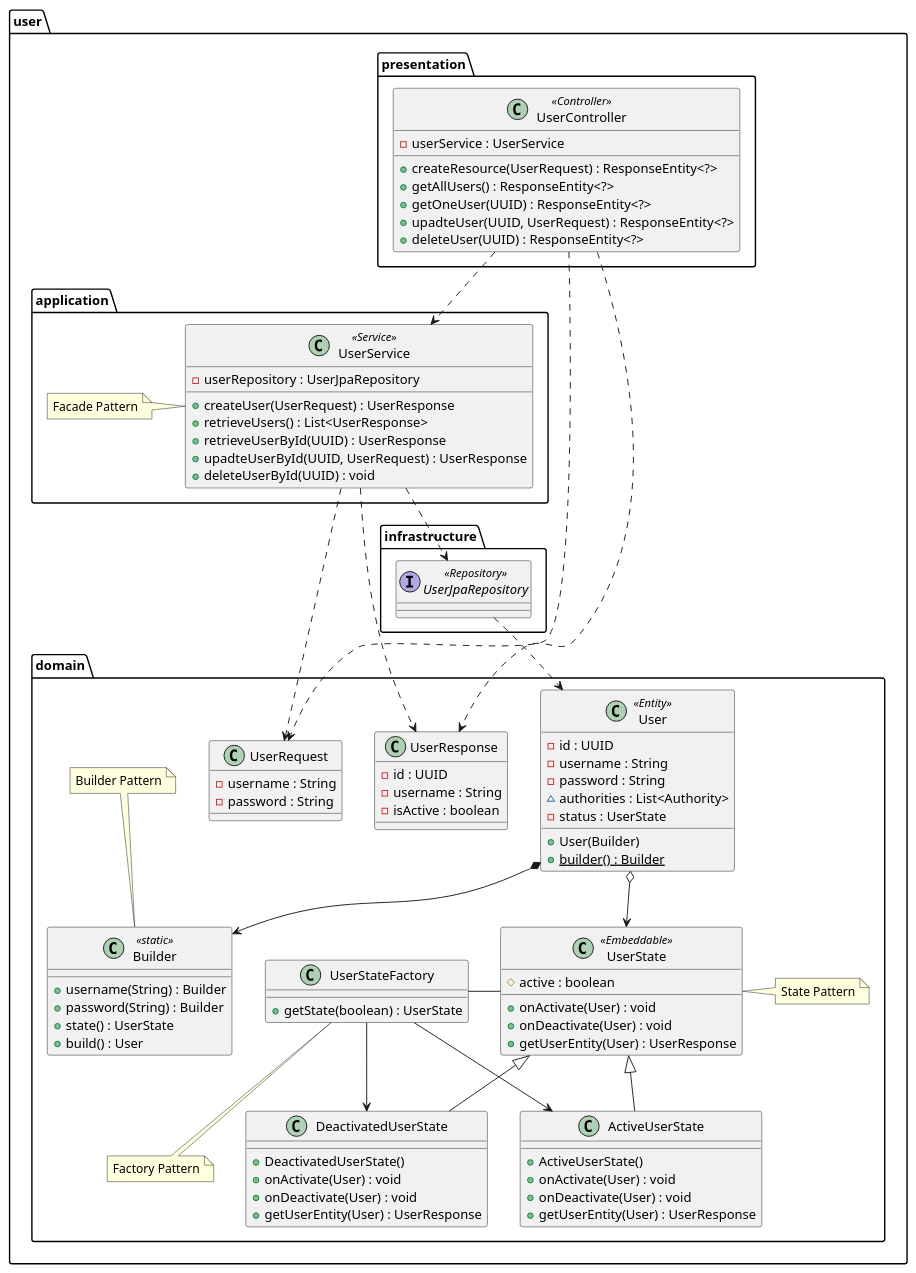
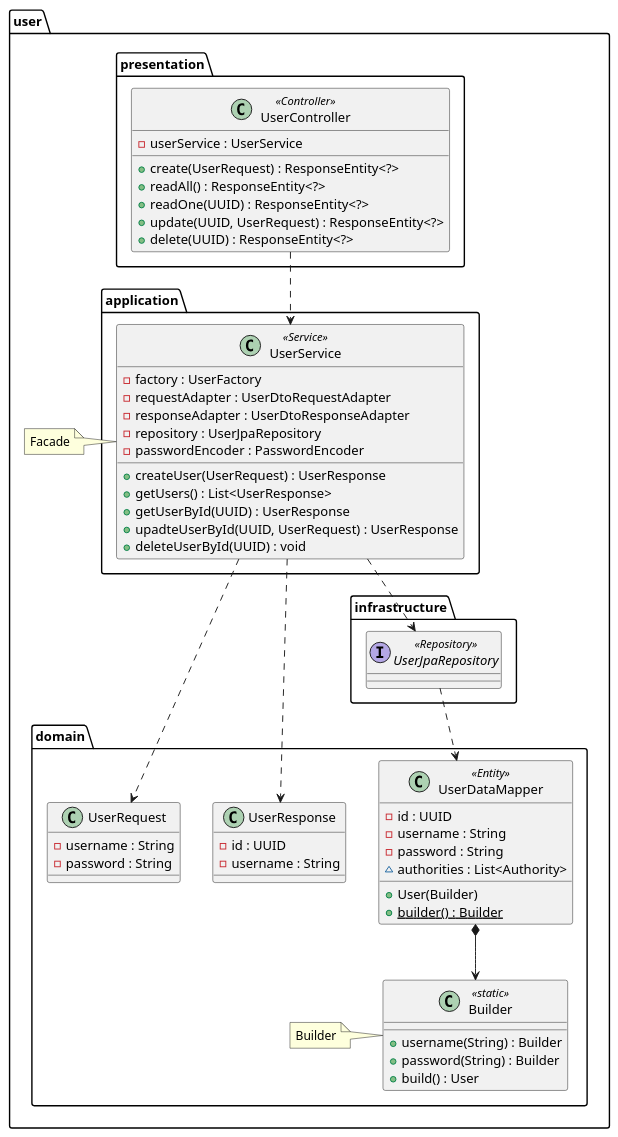
Before and after one commit to ads0070/daily-scheduler: the diagram in src/main/java/kr/ac/deu/cse/scheduler/user/user.puml, drawn with PlantUML. The commit also changed 23 other files, not shown here.

First line of the commit message:
refactor(user): refactor architecture (#11)

```diff
--- a/src/main/java/kr/ac/deu/cse/scheduler/user/user.puml
+++ b/src/main/java/kr/ac/deu/cse/scheduler/user/user.puml
@@ -1,113 +1,78 @@
 @startuml user
 ' !theme resume-light
 ' !theme cerulean-outline
 ' !theme sketchy-outline
 
 package user {
 
   package domain {
-    class User <<Entity>> {
+
+    class UserDataMapper <<Entity>> {
       -id : UUID
       -username : String
       -password : String
       ~authorities : List<Authority>
-      -status : UserState
       +User(Builder)
       {static} +builder() : Builder
     }
 
     class Builder <<static>> {
       +username(String) : Builder
       +password(String) : Builder
-      +state() : UserState
       +build() : User
     }
+    note left: Builder
 
     class UserRequest {
       -username : String
       -password : String
     }
 
     class UserResponse {
       -id : UUID
       -username : String
-      -isActive : boolean
     }
-
-    class UserState <<Embeddable>> {
-      #active : boolean
-      +onActivate(User) : void
-      +onDeactivate(User) : void
-      +getUserEntity(User) : UserResponse
-    }
-
-    class ActiveUserState extends UserState {
-      +ActiveUserState()
-      +onActivate(User) : void
-      +onDeactivate(User) : void
-      +getUserEntity(User) : UserResponse
-    }
-
-    class DeactivatedUserState extends UserState {
-      +DeactivatedUserState()
-      +onActivate(User) : void
-      +onDeactivate(User) : void
-      +getUserEntity(User) : UserResponse
-    }
-
-    class UserStateFactory {
-      +getState(boolean) : UserState
-    }
-
-    UserStateFactory - UserState
-    UserStateFactory --> ActiveUserState
-    UserStateFactory --> DeactivatedUserState
-
-    note top of Builder: Builder Pattern
-    note right of UserState: State Pattern
-    note bottom of UserStateFactory: Factory Pattern
   }
 
   package presentation {
     class UserController <<Controller>> {
       -userService : UserService
-      +createResource(UserRequest) : ResponseEntity<?>
-      +getAllUsers() : ResponseEntity<?>
-      +getOneUser(UUID) : ResponseEntity<?>
-      +upadteUser(UUID, UserRequest) : ResponseEntity<?>
-      +deleteUser(UUID) : ResponseEntity<?>
+      +create(UserRequest) : ResponseEntity<?>
+      +readAll() : ResponseEntity<?>
+      +readOne(UUID) : ResponseEntity<?>
+      +update(UUID, UserRequest) : ResponseEntity<?>
+      +delete(UUID) : ResponseEntity<?>
     }
   }
 
   package application {
     class UserService <<Service>> {
-      -userRepository : UserJpaRepository
+      -factory : UserFactory
+      -requestAdapter : UserDtoRequestAdapter
+      -responseAdapter : UserDtoResponseAdapter
+      -repository : UserJpaRepository
+      -passwordEncoder : PasswordEncoder
       +createUser(UserRequest) : UserResponse
-      +retrieveUsers() : List<UserResponse>
-      +retrieveUserById(UUID) : UserResponse
+      +getUsers() : List<UserResponse>
+      +getUserById(UUID) : UserResponse
       +upadteUserById(UUID, UserRequest) : UserResponse
       +deleteUserById(UUID) : void
     }
-
-    note "Facade Pattern" as Facade
-    Facade -> UserService
   }
+  note left: Facade
 
   package infrastructure {
     interface UserJpaRepository <<Repository>>
   }
 
-  User *--> Builder
-  User o--> UserState
-
   UserController ..> UserService
   UserService ..> UserJpaRepository
+  UserJpaRepository ..> UserDataMapper
 
-  UserController ..> UserRequest
-  UserController ..> UserResponse
+  UserDataMapper *--> Builder
+
   UserService ..> UserRequest
   UserService ..> UserResponse
-  UserJpaRepository ..> User
 }
 
 @enduml
```
